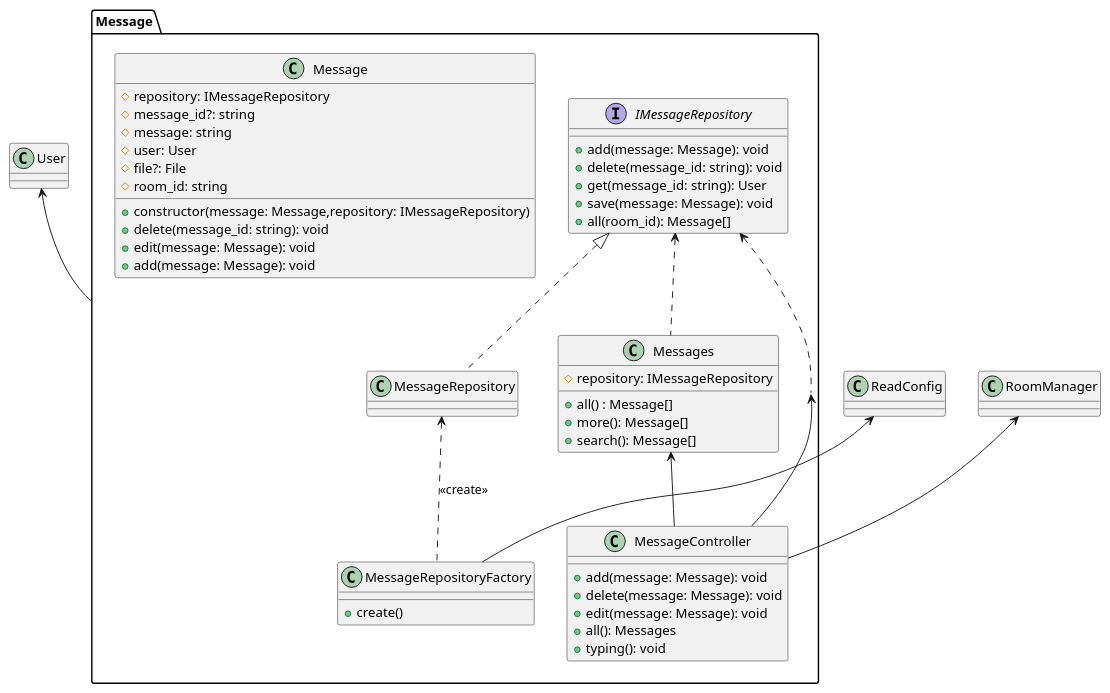
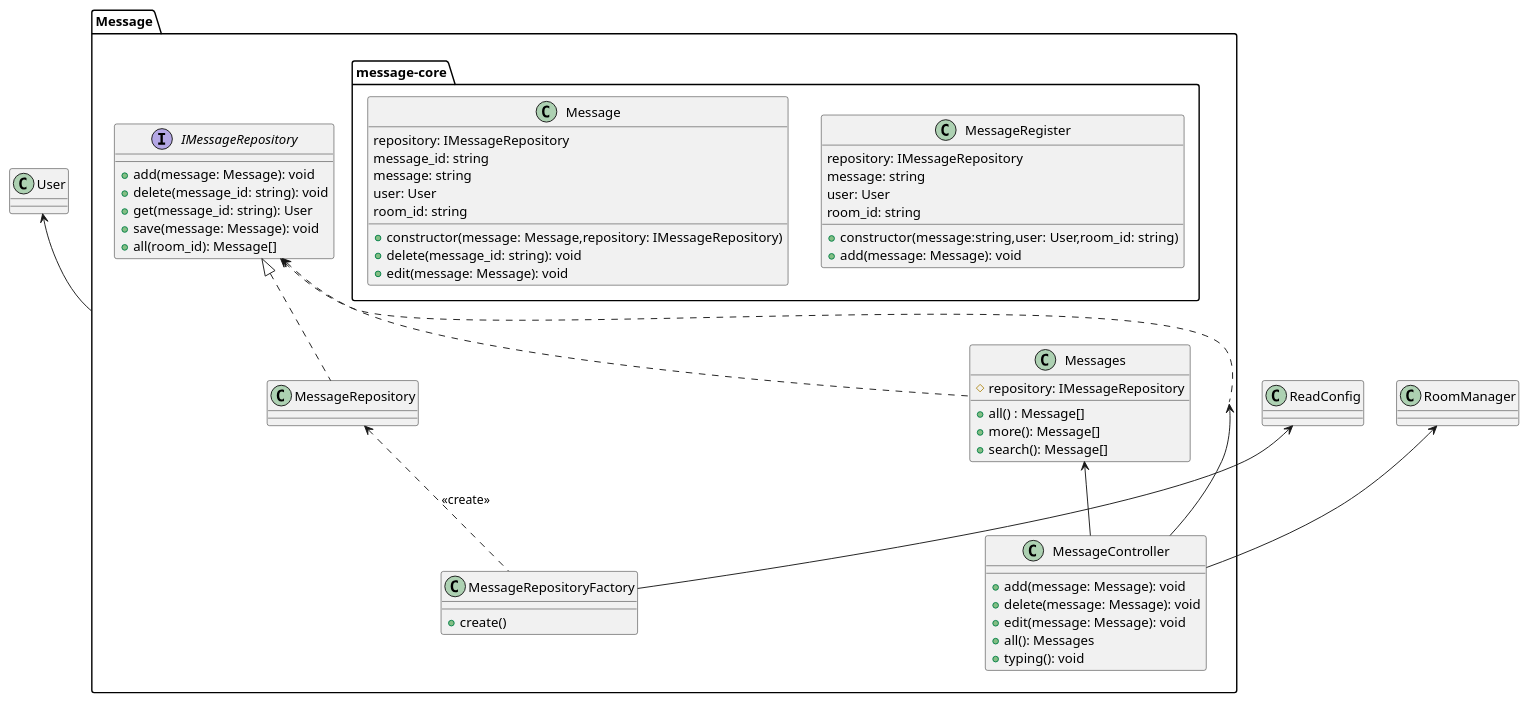
One commit to TOnodera/chatterman changed the diagram in documents/plantUML/クラス図/サーバー/クラス図Message.wsd. Above: the diagram before and after it, drawn with PlantUML. The commit also changed 30 other files, not shown here.

```diff
--- a/documents/plantUML/クラス図/サーバー/クラス図Message.wsd
+++ b/documents/plantUML/クラス図/サーバー/クラス図Message.wsd
@@ -1,57 +1,67 @@
 @startuml
 package Message{
 
     Interface IMessageRepository{
         +add(message: Message): void
         +delete(message_id: string): void
         +get(message_id: string): User
         +save(message: Message): void
         +all(room_id): Message[]
     }
 
-    class Message{
-        #repository: IMessageRepository
-        #message_id?: string
-        #message: string
-        #user: User
-        #file?: File
-        #room_id: string
-        
-        +constructor(message: Message,repository: IMessageRepository)
-        +delete(message_id: string): void
-        +edit(message: Message): void
-        +add(message: Message): void
+    package message-core{
+        class MessageRegister{
+            repository: IMessageRepository
+            message: string
+            user: User
+            room_id: string
+
+            +constructor(message:string,user: User,room_id: string)
+            +add(message: Message): void
+        }
+
+        class Message{
+            repository: IMessageRepository
+            message_id: string
+            message: string
+            user: User
+            room_id: string
+
+            +constructor(message: Message,repository: IMessageRepository)
+            +delete(message_id: string): void
+            +edit(message: Message): void
+        }
     }
 
     class Messages{
         #repository: IMessageRepository
         +all() : Message[]
         +more(): Message[]
         +search(): Message[]
     }
 
     class MessageController{
         +add(message: Message): void
         +delete(message: Message): void
         +edit(message: Message): void
         +all(): Messages
         +typing(): void
     }
 
     class MessageRepositoryFactory{
         +create()
     }
     class MessageRepository
 }
 
 MessageRepository <.. MessageRepositoryFactory: <<create>>
 Message <-- MessageController
 Messages <-- MessageController
 User <-- Message
 IMessageRepository <.. Message
 IMessageRepository <.. Messages
 ReadConfig <-- MessageRepositoryFactory
 IMessageRepository <|.. MessageRepository
 RoomManager <-- MessageController
 
 @enduml
```
